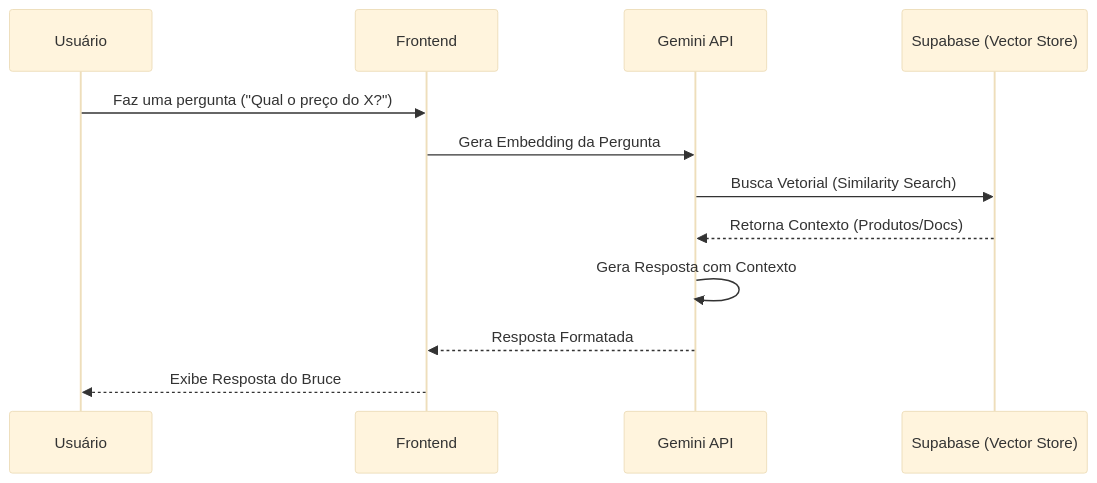
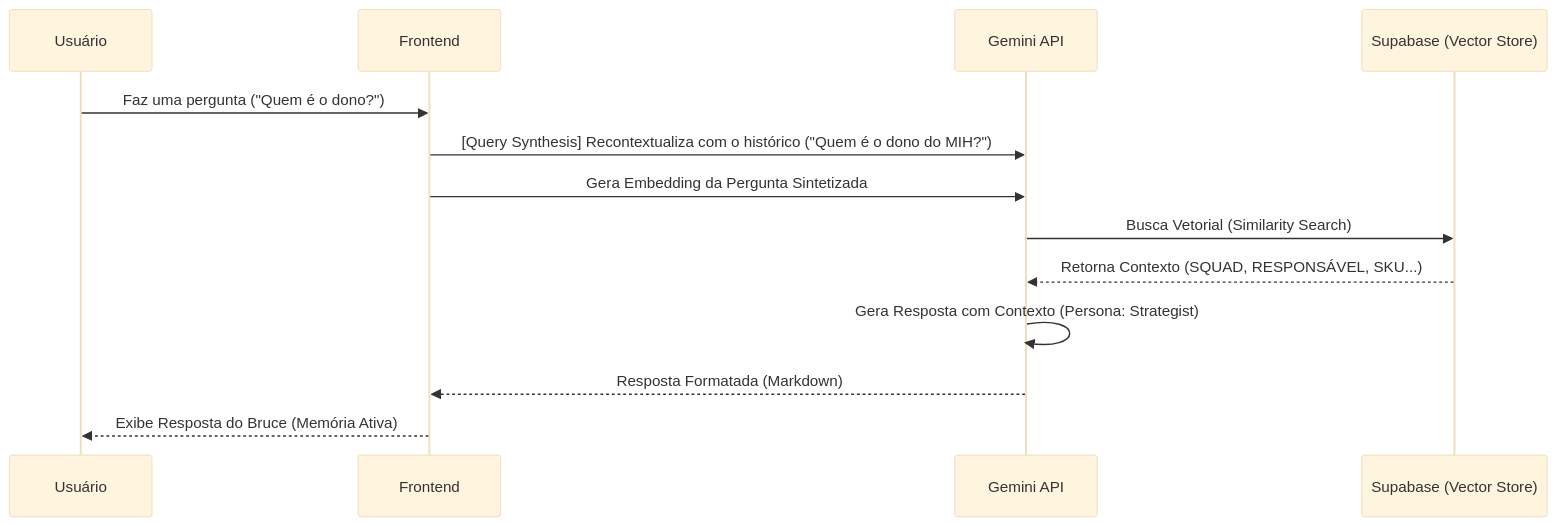
Before and after one commit to arthurmaranhaoo/trillia-platform: the second of 2 diagrams in ARCHITECTURE.md, drawn with Mermaid (base theme). The commit also changed other lines of this file and 1 other file, not shown here.

Commit message:
docs: Update README and ARCHITECTURE with latest intelligence and RAG features

````diff
--- a/ARCHITECTURE.md
+++ b/ARCHITECTURE.md
@@ -52,15 +52,16 @@
 ```mermaid
 sequenceDiagram
     participant U as Usuário
     participant F as Frontend
     participant G as Gemini API
     participant S as Supabase (Vector Store)
 
-    U->>F: Faz uma pergunta ("Qual o preço do X?")
-    F->>G: Gera Embedding da Pergunta
+    U->>F: Faz uma pergunta ("Quem é o dono?")
+    F->>G: [Query Synthesis] Recontextualiza com o histórico ("Quem é o dono do MIH?")
+    F->>G: Gera Embedding da Pergunta Sintetizada
     G->>S: Busca Vetorial (Similarity Search)
-    S-->>G: Retorna Contexto (Produtos/Docs)
-    G->>G: Gera Resposta com Contexto
-    G-->>F: Resposta Formatada
-    F-->>U: Exibe Resposta do Bruce
+    S-->>G: Retorna Contexto (SQUAD, RESPONSÁVEL, SKU...)
+    G->>G: Gera Resposta com Contexto (Persona: Strategist)
+    G-->>F: Resposta Formatada (Markdown)
+    F-->>U: Exibe Resposta do Bruce (Memória Ativa)
 ```
````
